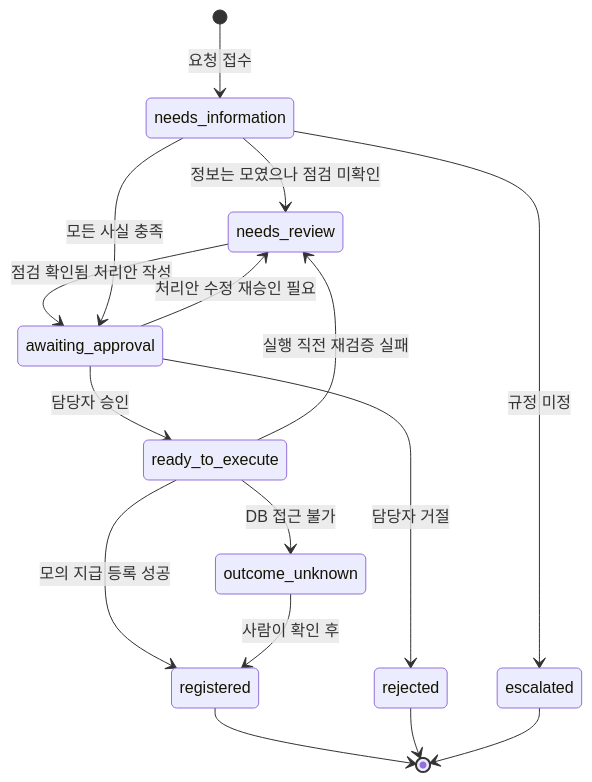
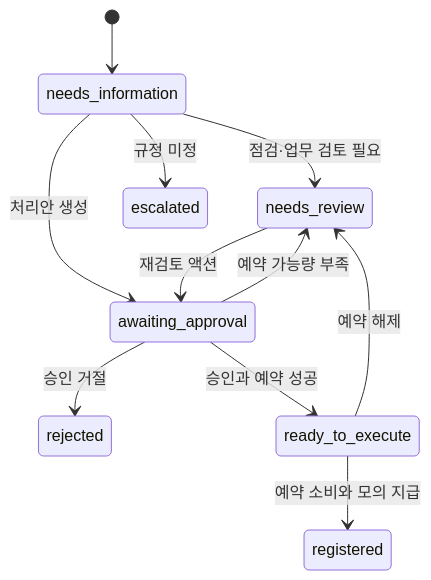
One commit to KatherineJH/portfolio_2026 changed the fifth of 5 diagrams in assetflow/docs/SCHEMA-ERD.md. Above: the diagram before and after it, drawn with Mermaid. The commit also changed other lines of this file and 10 other files, not shown here.

Commit message:
docs(assetflow): align architecture and verification evidence with reservation workflow

````diff
--- a/assetflow/docs/SCHEMA-ERD.md
+++ b/assetflow/docs/SCHEMA-ERD.md
@@ -184,18 +110,13 @@
 ```mermaid
 stateDiagram-v2
-    [*] --> needs_information : 요청 접수
-    needs_information --> needs_review : 정보는 모였으나 점검 미확인
+    [*] --> needs_information
+    needs_information --> needs_review : 점검·업무 검토 필요
     needs_information --> escalated : 규정 미정
-    needs_review --> awaiting_approval : 점검 확인됨 처리안 작성
-    needs_information --> awaiting_approval : 모든 사실 충족
-    awaiting_approval --> rejected : 담당자 거절
-    awaiting_approval --> ready_to_execute : 담당자 승인
-    awaiting_approval --> needs_review : 처리안 수정 재승인 필요
-    ready_to_execute --> registered : 모의 지급 등록 성공
-    ready_to_execute --> outcome_unknown : DB 접근 불가
-    ready_to_execute --> needs_review : 실행 직전 재검증 실패
-    outcome_unknown --> registered : 사람이 확인 후
-    registered --> [*]
-    rejected --> [*]
-    escalated --> [*]
+    needs_information --> awaiting_approval : 처리안 생성
+    awaiting_approval --> rejected : 승인 거절
+    awaiting_approval --> needs_review : 예약 가능량 부족
+    awaiting_approval --> ready_to_execute : 승인과 예약 성공
+    ready_to_execute --> registered : 예약 소비와 모의 지급
+    ready_to_execute --> needs_review : 예약 해제
+    needs_review --> awaiting_approval : 재검토 액션
 ```
````
